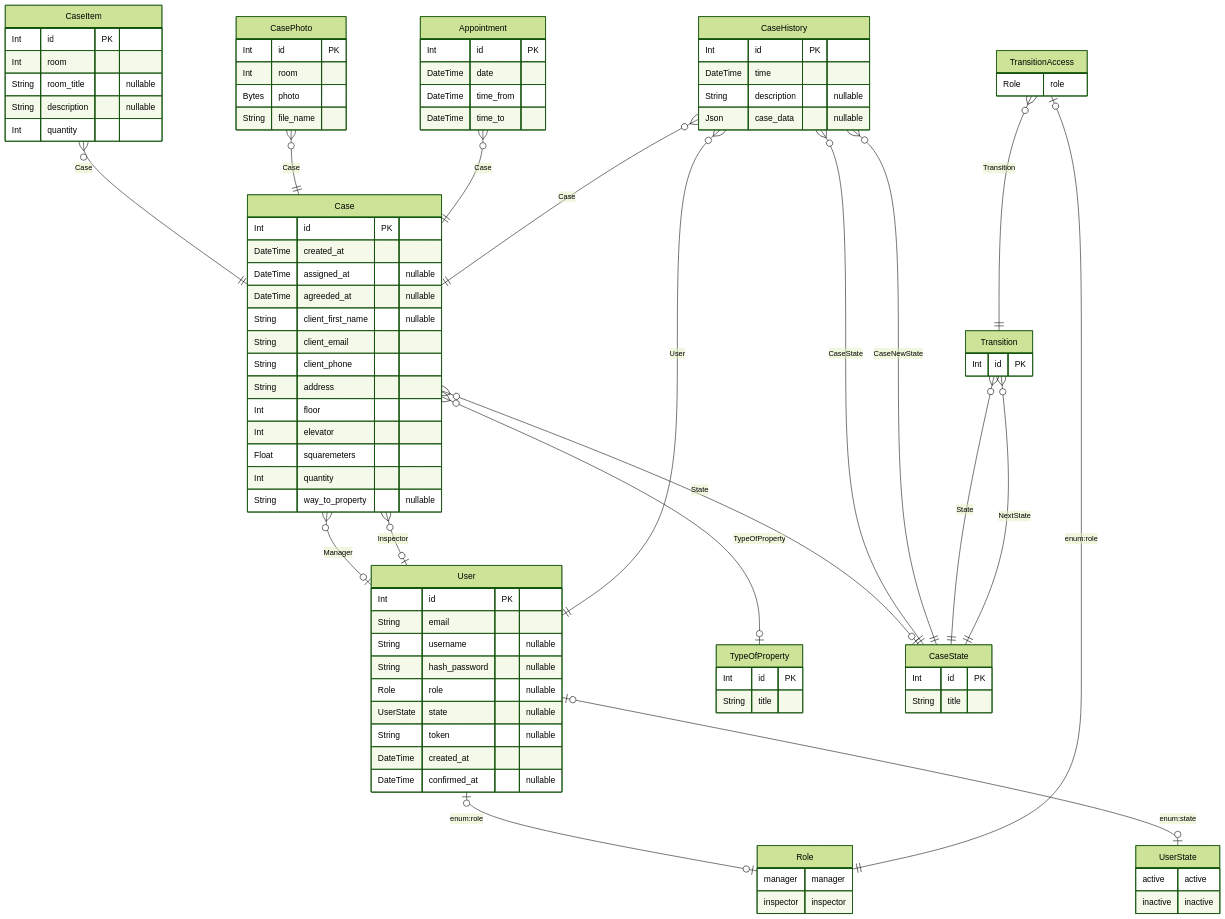
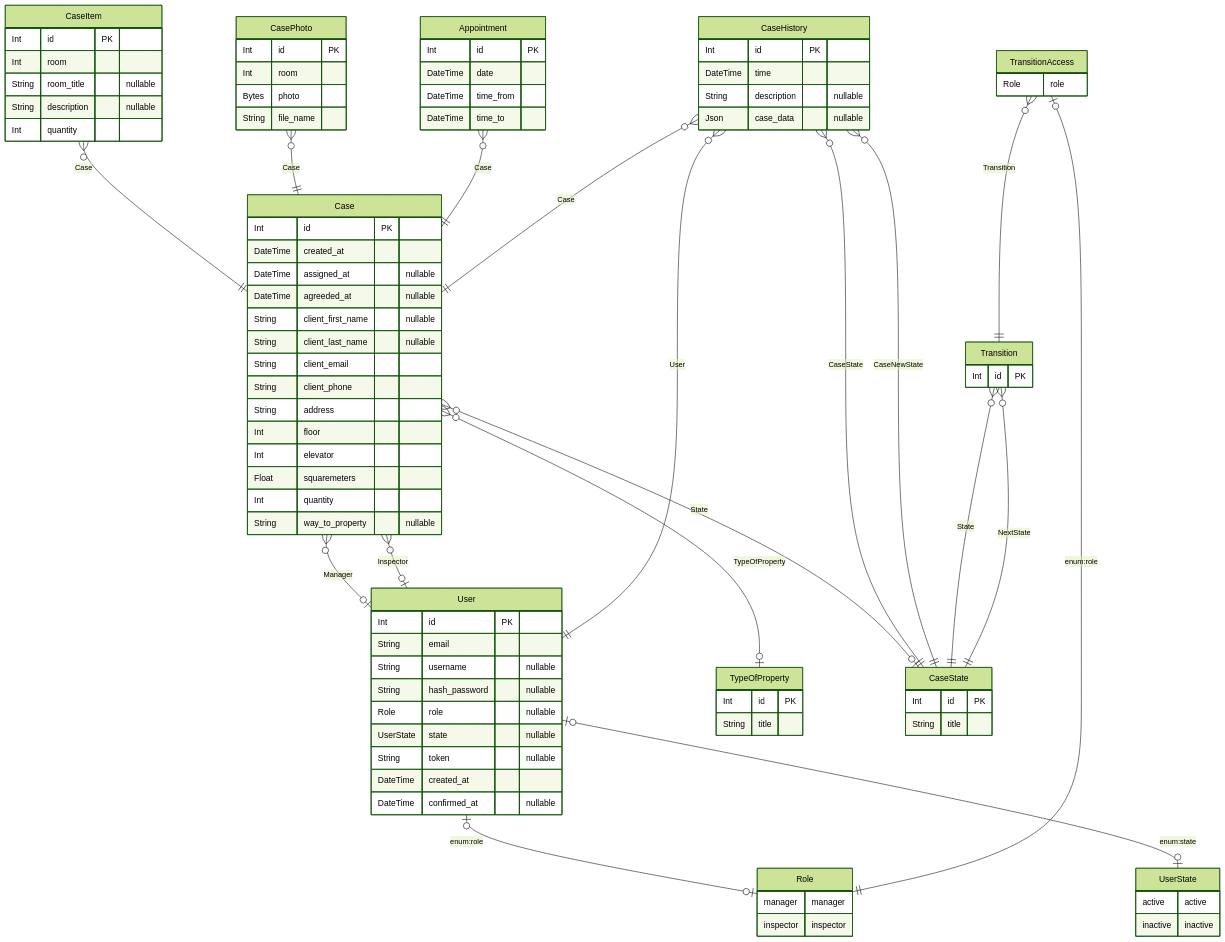
Before and after one commit to arkadiyshin/remondis-backend: the diagram in prisma/ERD.md, drawn with Mermaid (forest theme). The commit also changed 2 other files, not shown here.

Commit message:
docs (case): regenerate prisma docs after change model

```diff
--- a/prisma/ERD.md
+++ b/prisma/ERD.md
@@ -32,6 +32,7 @@
     DateTime assigned_at  "nullable"
     DateTime agreeded_at  "nullable"
     String client_first_name  "nullable"
+    String client_last_name  "nullable"
     String client_email  
     String client_phone  
     String address  
```
